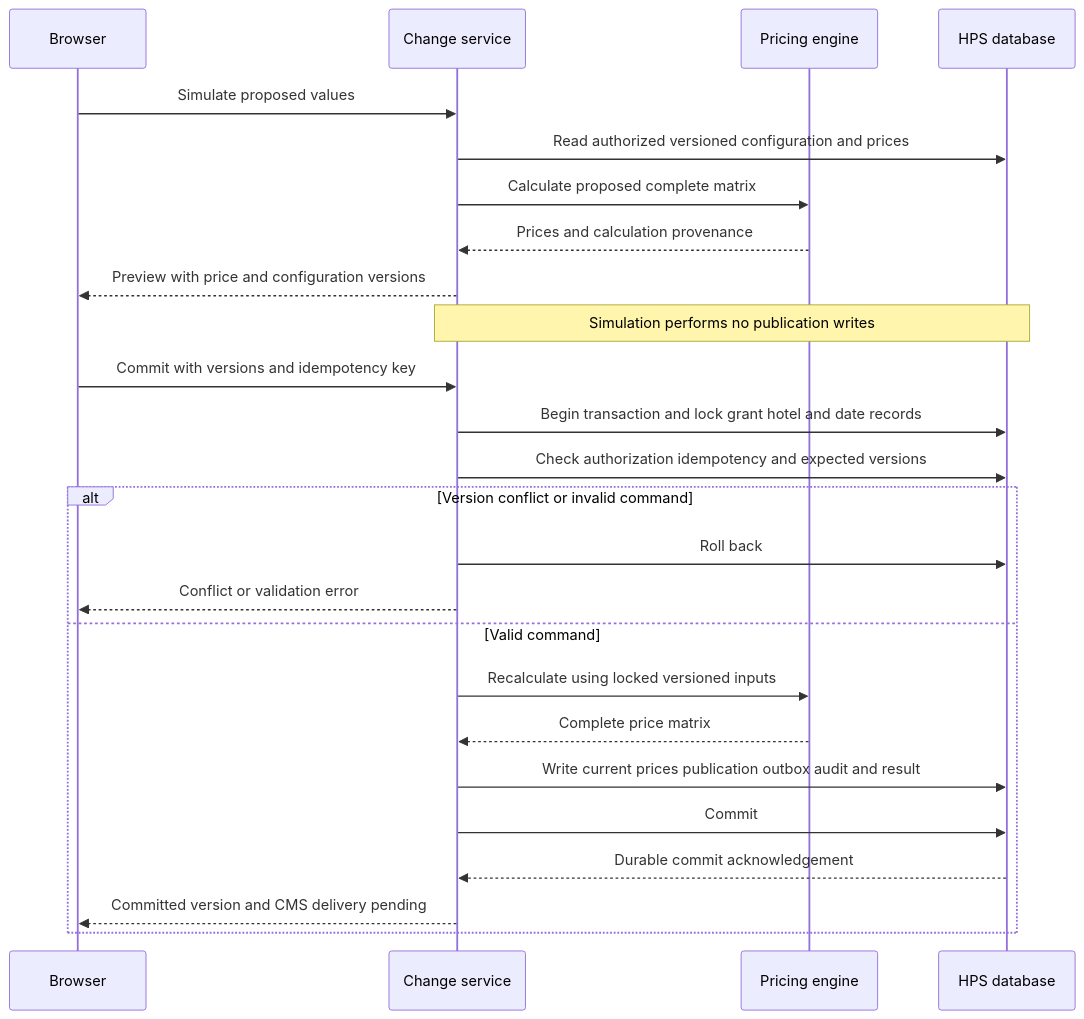
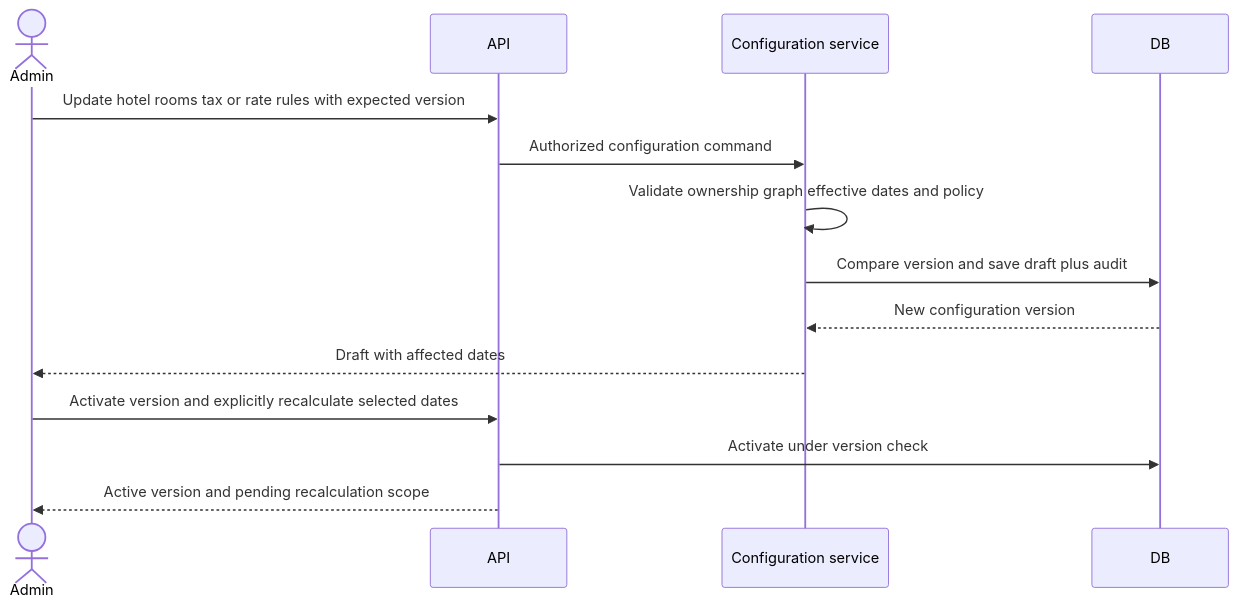
Before and after one commit to yoona96/ADD_Codex: the eighth of 13 diagrams in HPS/design/architecture.md, drawn with Mermaid. The commit also changed other lines of this file and 13 other files, not shown here.

````diff
--- a/HPS/design/architecture.md
+++ b/HPS/design/architecture.md
@@ -318,27 +266,16 @@
 ```mermaid
 sequenceDiagram
-    participant UI as Browser
-    participant API as Change service
-    participant Engine as Pricing engine
-    participant DB as HPS database
-    UI->>API: Simulate proposed values
-    API->>DB: Read authorized versioned configuration and prices
-    API->>Engine: Calculate proposed complete matrix
-    Engine-->>API: Prices and calculation provenance
-    API-->>UI: Preview with price and configuration versions
-    Note over API,DB: Simulation performs no publication writes
-    UI->>API: Commit with versions and idempotency key
-    API->>DB: Begin transaction and lock grant hotel and date records
-    API->>DB: Check authorization idempotency and expected versions
-    alt Version conflict or invalid command
-        API->>DB: Roll back
-        API-->>UI: Conflict or validation error
-    else Valid command
-        API->>Engine: Recalculate using locked versioned inputs
-        Engine-->>API: Complete price matrix
-        API->>DB: Write current prices publication outbox audit and result
-        API->>DB: Commit
-        DB-->>API: Durable commit acknowledgement
-        API-->>UI: Committed version and CMS delivery pending
-    end
+    actor Admin
+    participant API
+    participant Config as Configuration service
+    participant DB
+    Admin->>API: Update hotel rooms tax or rate rules with expected version
+    API->>Config: Authorized configuration command
+    Config->>Config: Validate ownership graph effective dates and policy
+    Config->>DB: Compare version and save draft plus audit
+    DB-->>Config: New configuration version
+    Config-->>Admin: Draft with affected dates
+    Admin->>API: Activate version and explicitly recalculate selected dates
+    API->>DB: Activate under version check
+    API-->>Admin: Active version and pending recalculation scope
 ```
````
